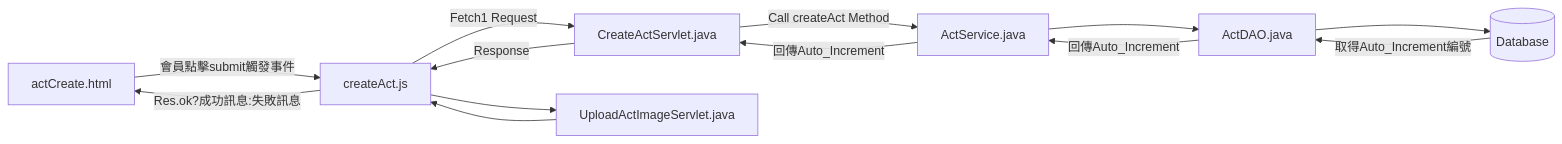
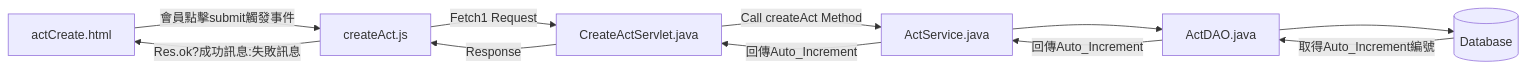
The second of 13 diagrams in README.md (TLexYuW/CGA103G1OwnPart), drawn with Mermaid before and after one commit. The commit also changed other lines of this file, not shown here.

````diff
--- a/README.md
+++ b/README.md
@@ -62,9 +62,6 @@
 ```mermaid
 flowchart LR
 	aC[actCreate.html] -->|會員點擊submit觸發事件| cA[createAct.js] -->|Fetch1 Request| CAS[CreateActServlet.java] 
 	-->|Call createAct Method| AS[ActService.java] --> AD[ActDAO.java] --> DB[(Database)]
 	DB -->|取得Auto_Increment編號| AD -->|回傳Auto_Increment| AS -->|回傳Auto_Increment| CAS -->|Response| cA -->|Res.ok?成功訊息:失敗訊息| aC
-	
-	cA --> UAIS[UploadActImageServlet.java]
-	UAIS --> cA
 ```
````
